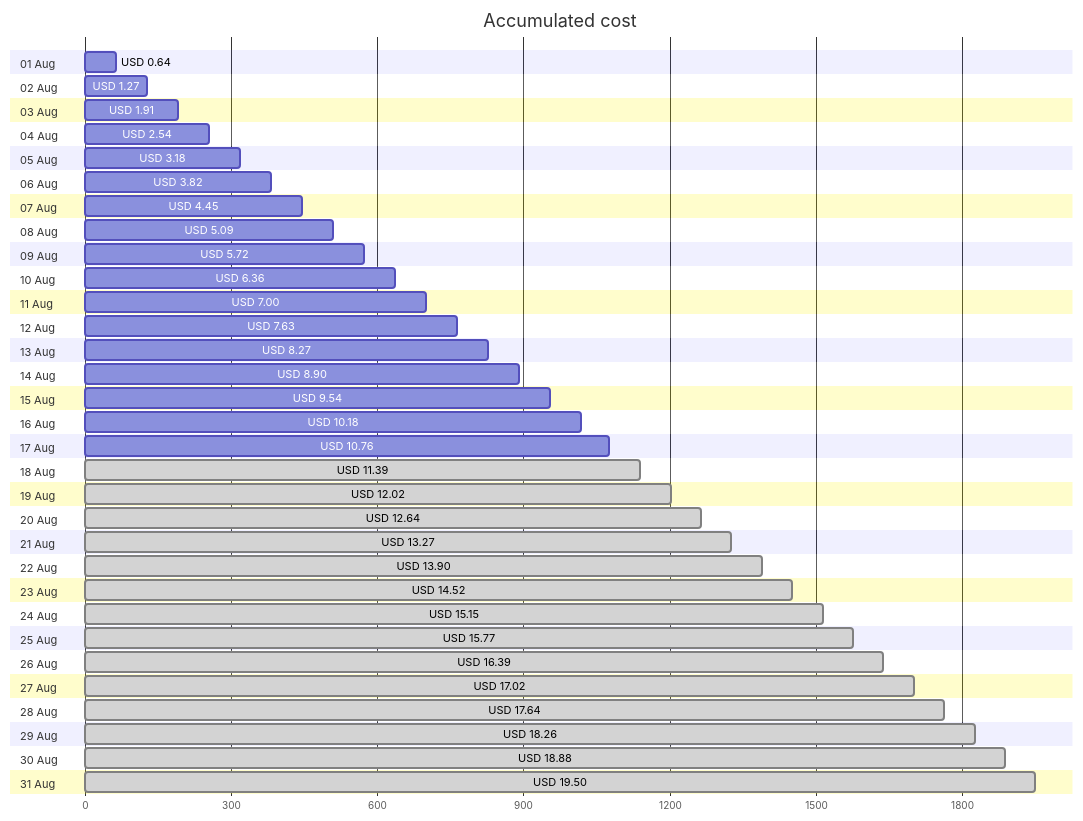
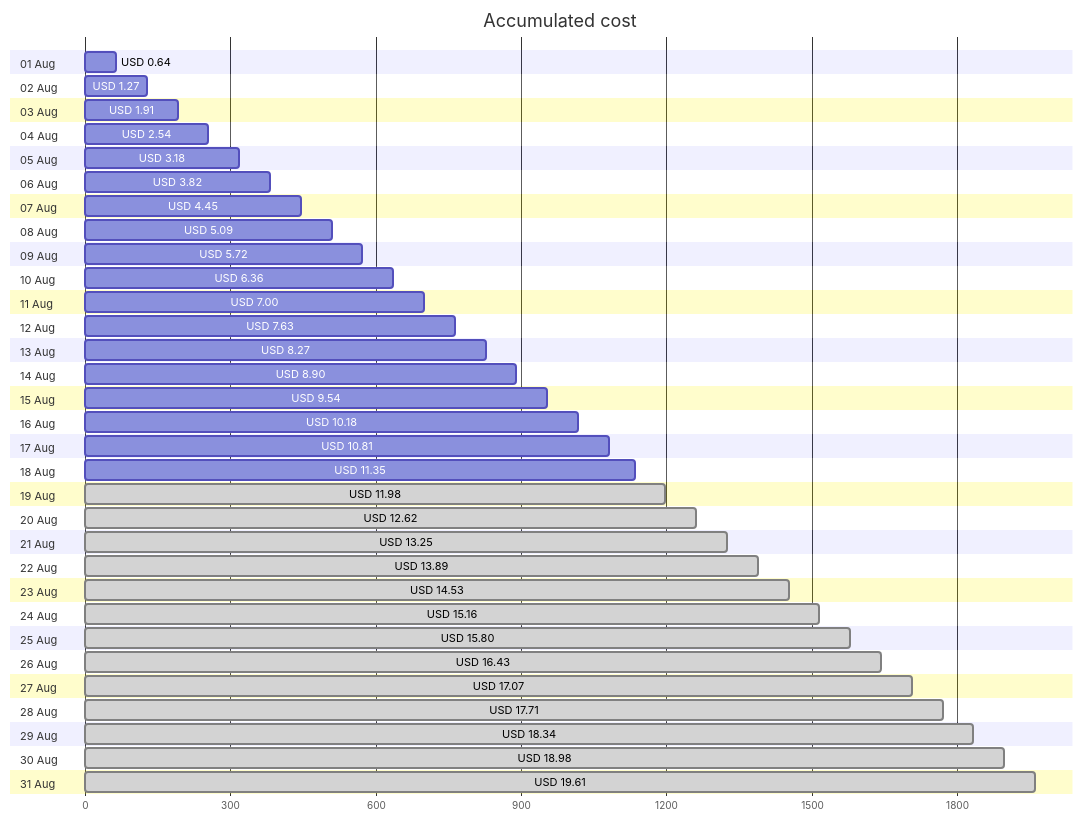
The first of 4 diagrams in cost-reports/accumulated-cost.md (jpfulton/azure-personal-reports), drawn with Mermaid before and after one commit. The commit also changed other lines of this file and 4 other files, not shown here.

````diff
--- a/cost-reports/accumulated-cost.md
+++ b/cost-reports/accumulated-cost.md
@@ -20,68 +20,68 @@
 ```mermaid
 gantt
    title Accumulated cost
    dateFormat  X
    axisFormat %s
    section 01 Aug
    USD 0.64 :0, 64
    section 02 Aug
    USD 1.27 :0, 127
    section 03 Aug
    USD 1.91 :0, 191
    section 04 Aug
    USD 2.54 :0, 254
    section 05 Aug
    USD 3.18 :0, 318
    section 06 Aug
    USD 3.82 :0, 382
    section 07 Aug
    USD 4.45 :0, 445
    section 08 Aug
    USD 5.09 :0, 509
    section 09 Aug
    USD 5.72 :0, 572
    section 10 Aug
    USD 6.36 :0, 636
    section 11 Aug
    USD 7.00 :0, 700
    section 12 Aug
    USD 7.63 :0, 763
    section 13 Aug
    USD 8.27 :0, 827
    section 14 Aug
    USD 8.90 :0, 890
    section 15 Aug
    USD 9.54 :0, 954
    section 16 Aug
    USD 10.18 :0, 1018
    section 17 Aug
-   USD 10.76 :0, 1076
+   USD 10.81 :0, 1081
    section 18 Aug
-   USD 11.39 : done, 0, 1139
+   USD 11.35 :0, 1135
    section 19 Aug
-   USD 12.02 : done, 0, 1202
+   USD 11.98 : done, 0, 1198
    section 20 Aug
-   USD 12.64 : done, 0, 1264
+   USD 12.62 : done, 0, 1262
    section 21 Aug
-   USD 13.27 : done, 0, 1327
+   USD 13.25 : done, 0, 1325
    section 22 Aug
-   USD 13.90 : done, 0, 1390
+   USD 13.89 : done, 0, 1389
    section 23 Aug
-   USD 14.52 : done, 0, 1452
+   USD 14.53 : done, 0, 1453
    section 24 Aug
-   USD 15.15 : done, 0, 1515
+   USD 15.16 : done, 0, 1516
    section 25 Aug
-   USD 15.77 : done, 0, 1577
+   USD 15.80 : done, 0, 1580
    section 26 Aug
-   USD 16.39 : done, 0, 1639
+   USD 16.43 : done, 0, 1643
    section 27 Aug
-   USD 17.02 : done, 0, 1702
+   USD 17.07 : done, 0, 1707
    section 28 Aug
-   USD 17.64 : done, 0, 1764
+   USD 17.71 : done, 0, 1771
    section 29 Aug
-   USD 18.26 : done, 0, 1826
+   USD 18.34 : done, 0, 1834
    section 30 Aug
-   USD 18.88 : done, 0, 1888
+   USD 18.98 : done, 0, 1898
    section 31 Aug
-   USD 19.50 : done, 0, 1950
+   USD 19.61 : done, 0, 1961
 ```
````
